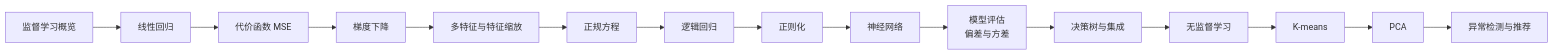
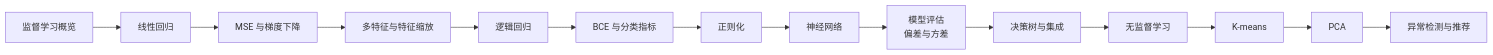
One commit to sinuosun/MachineLearningNote changed the diagram in ML/01 Learning Roadmap.md. Above: the diagram before and after it, drawn with Mermaid. The commit also changed other lines of this file and 19 other files, not shown here.

````diff
--- a/ML/01 Learning Roadmap.md
+++ b/ML/01 Learning Roadmap.md
@@ -9,17 +9,16 @@
 ```mermaid
 flowchart LR
     A[监督学习概览] --> B[线性回归]
-    B --> C[代价函数 MSE]
-    C --> D[梯度下降]
-    D --> E[多特征与特征缩放]
-    E --> F[正规方程]
-    F --> G[逻辑回归]
-    G --> H[正则化]
-    H --> I[神经网络]
-    I --> J[模型评估\n偏差与方差]
-    J --> K[决策树与集成]
-    K --> L[无监督学习]
-    L --> M[K-means]
-    M --> N[PCA]
-    N --> O[异常检测与推荐]
+    B --> C[MSE 与梯度下降]
+    C --> D[多特征与特征缩放]
+    D --> E[逻辑回归]
+    E --> F[BCE 与分类指标]
+    F --> G[正则化]
+    G --> H[神经网络]
+    H --> I[模型评估\n偏差与方差]
+    I --> J[决策树与集成]
+    J --> K[无监督学习]
+    K --> L[K-means]
+    L --> M[PCA]
+    M --> N[异常检测与推荐]
 ```
````
